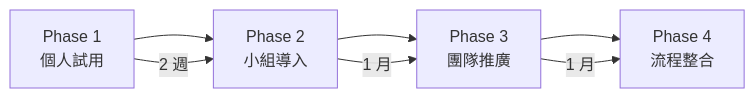
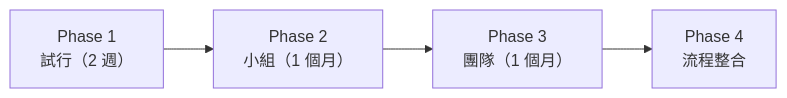
Before and after one commit to chihhung/Blog: the tenth of 10 diagrams in content/posts/教學/AI開發/Pi Code Agent 教學手冊.md, drawn with Mermaid. The commit also changed other lines of this file and 1 other file, not shown here.

````diff
--- a/content/posts/教學/AI開發/Pi Code Agent 教學手冊.md
+++ b/content/posts/教學/AI開發/Pi Code Agent 教學手冊.md
@@ -2778,10 +5117,6 @@
 ```mermaid
-graph LR
-    P1[Phase 1<br/>個人試用] --> P2[Phase 2<br/>小組導入]
-    P2 --> P3[Phase 3<br/>團隊推廣]
+flowchart LR
+    P1[Phase 1<br/>試行（2 週）] --> P2[Phase 2<br/>小組（1 個月）]
+    P2 --> P3[Phase 3<br/>團隊（1 個月）]
     P3 --> P4[Phase 4<br/>流程整合]
-
-    P1 --> |2 週| P2
-    P2 --> |1 月| P3
-    P3 --> |1 月| P4
 ```
````
